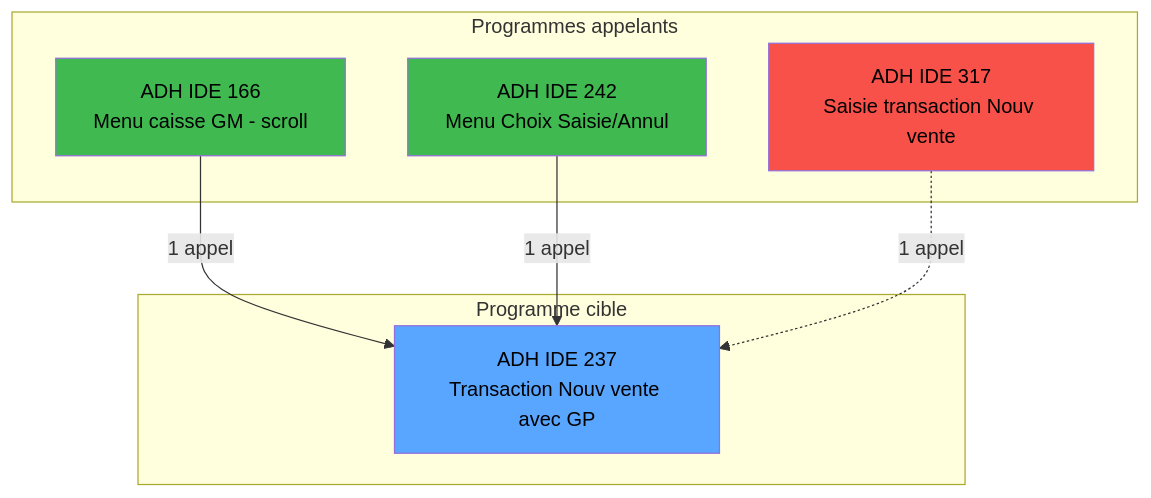
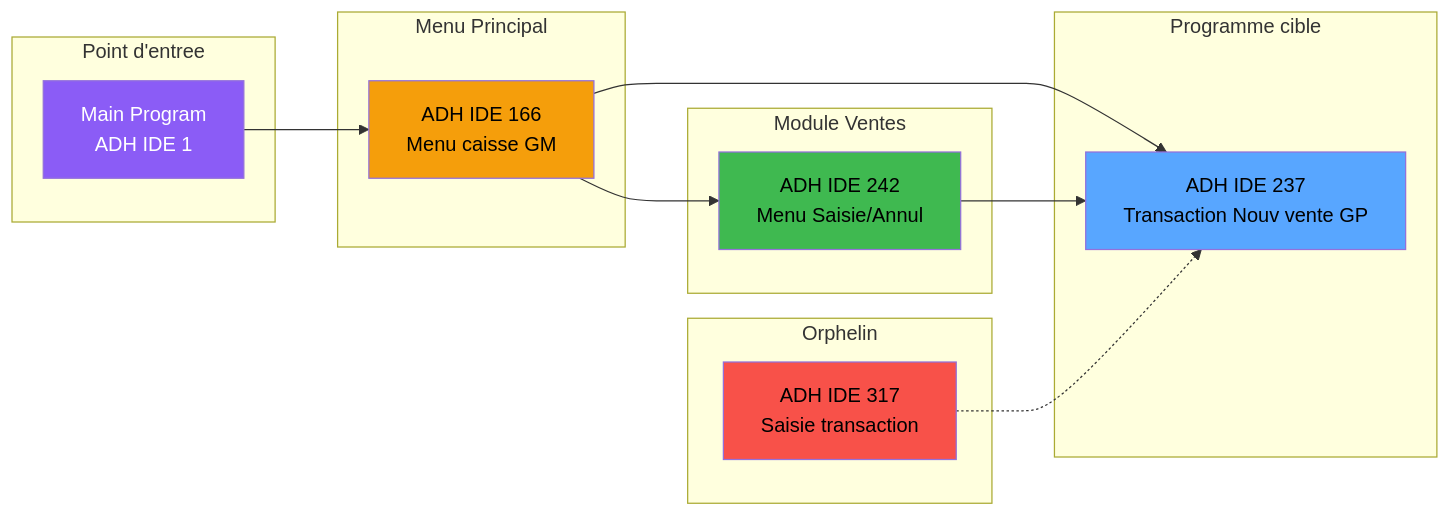
Before and after one commit to thonyAGP/lecteur-magic: the second of 2 diagrams in .openspec/specs/ADH-IDE-237.md, drawn with Mermaid. The commit also changed other lines of this file and 1 other file, not shown here.

First line of the commit message:
feat(specs): upgrade to V3.1 with flowcharts and Main call chain

````diff
--- a/.openspec/specs/ADH-IDE-237.md
+++ b/.openspec/specs/ADH-IDE-237.md
@@ -167,21 +243,34 @@
 ```mermaid
-graph TD
-    subgraph Callers["Programmes appelants"]
-        C1[ADH IDE 166<br/>Menu caisse GM - scroll]
-        C2[ADH IDE 242<br/>Menu Choix Saisie/Annul]
-        C3[ADH IDE 317<br/>Saisie transaction Nouv vente]
+graph LR
+    subgraph Main["Point d'entree"]
+        M[Main Program<br/>ADH IDE 1]
+    end
+
+    subgraph Menu["Menu Principal"]
+        M166[ADH IDE 166<br/>Menu caisse GM]
+    end
+
+    subgraph Ventes["Module Ventes"]
+        M242[ADH IDE 242<br/>Menu Saisie/Annul]
     end
 
     subgraph Target["Programme cible"]
-        T[ADH IDE 237<br/>Transaction Nouv vente avec GP]
+        T[ADH IDE 237<br/>Transaction Nouv vente GP]
     end
 
-    C1 -->|1 appel| T
-    C2 -->|1 appel| T
-    C3 -.->|1 appel| T
+    subgraph Suppr["Orphelin"]
+        M317[ADH IDE 317<br/>Saisie transaction]
+    end
 
+    M --> M166
+    M166 --> T
+    M166 --> M242
+    M242 --> T
+    M317 -.-> T
+
+    style M fill:#8b5cf6,color:#fff
+    style M166 fill:#f59e0b,color:#000
+    style M242 fill:#3fb950,color:#000
     style T fill:#58a6ff,color:#000
-    style C1 fill:#3fb950,color:#000
-    style C2 fill:#3fb950,color:#000
-    style C3 fill:#f85149,color:#000
+    style M317 fill:#f85149,color:#000
 ```
````
